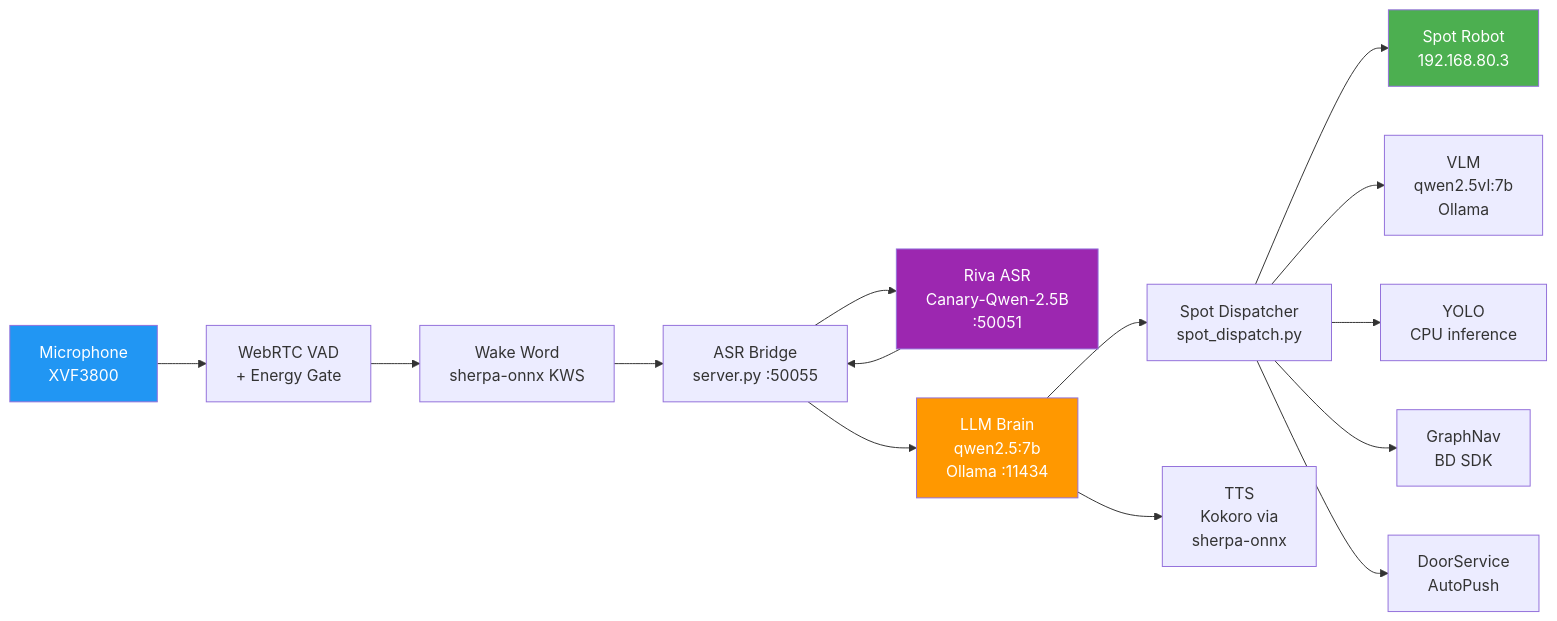
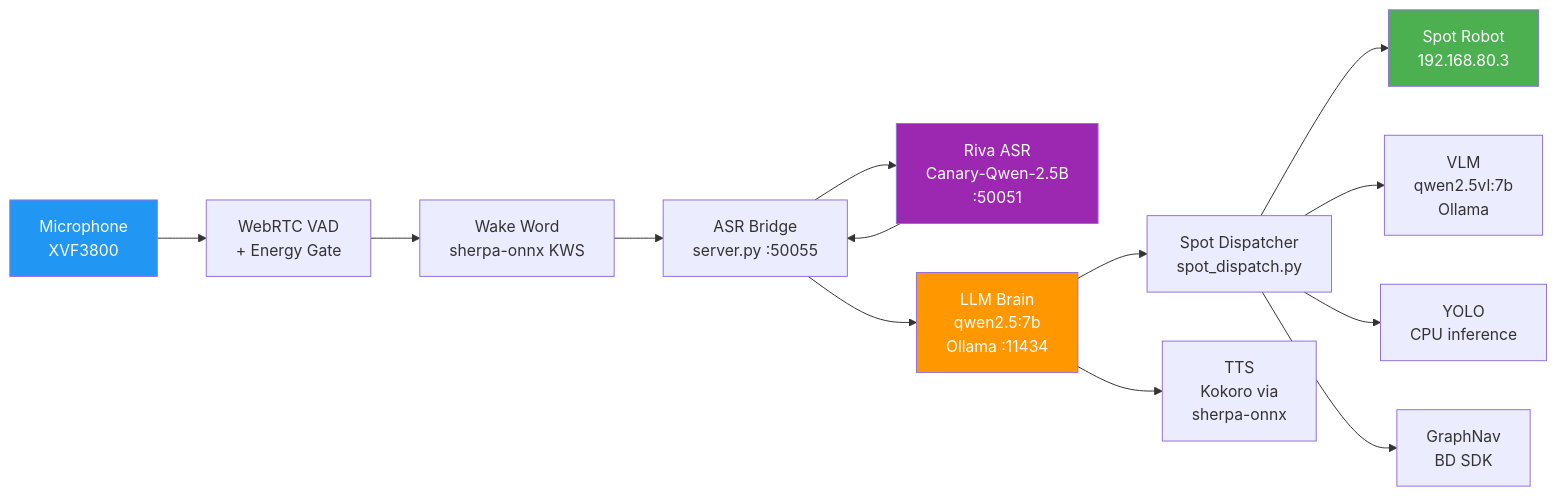
The diagram in docs/architecture/overview.md (matteo-corrado/dartmouth_spot_capstone), drawn with Mermaid before and after one commit. The commit also changed other lines of this file and 16 other files, not shown here.

First line of the commit message:
remove door opening service and references

````diff
--- a/docs/architecture/overview.md
+++ b/docs/architecture/overview.md
@@ -9,22 +9,21 @@
 ```mermaid
 graph LR
     MIC[Microphone<br/>XVF3800] --> VAD[WebRTC VAD<br/>+ Energy Gate]
     VAD --> KWS[Wake Word<br/>sherpa-onnx KWS]
     KWS --> ASR[ASR Bridge<br/>server.py :50055]
     ASR --> RIVA[Riva ASR<br/>Canary-Qwen-2.5B<br/>:50051]
     RIVA --> ASR
     ASR --> BRAIN[LLM Brain<br/>qwen2.5:7b<br/>Ollama :11434]
     BRAIN --> DISPATCH[Spot Dispatcher<br/>spot_dispatch.py]
     DISPATCH --> SPOT[Spot Robot<br/>192.168.80.3]
 
     BRAIN --> TTS[TTS<br/>Kokoro via<br/>sherpa-onnx]
     DISPATCH --> VLM[VLM<br/>qwen2.5vl:7b<br/>Ollama]
     DISPATCH --> YOLO[YOLO<br/>CPU inference]
     DISPATCH --> GNAV[GraphNav<br/>BD SDK]
-    DISPATCH --> DOOR[DoorService<br/>AutoPush]
 
     style MIC fill:#2196F3,color:#fff
     style SPOT fill:#4CAF50,color:#fff
     style BRAIN fill:#FF9800,color:#fff
     style RIVA fill:#9C27B0,color:#fff
 ```
````
